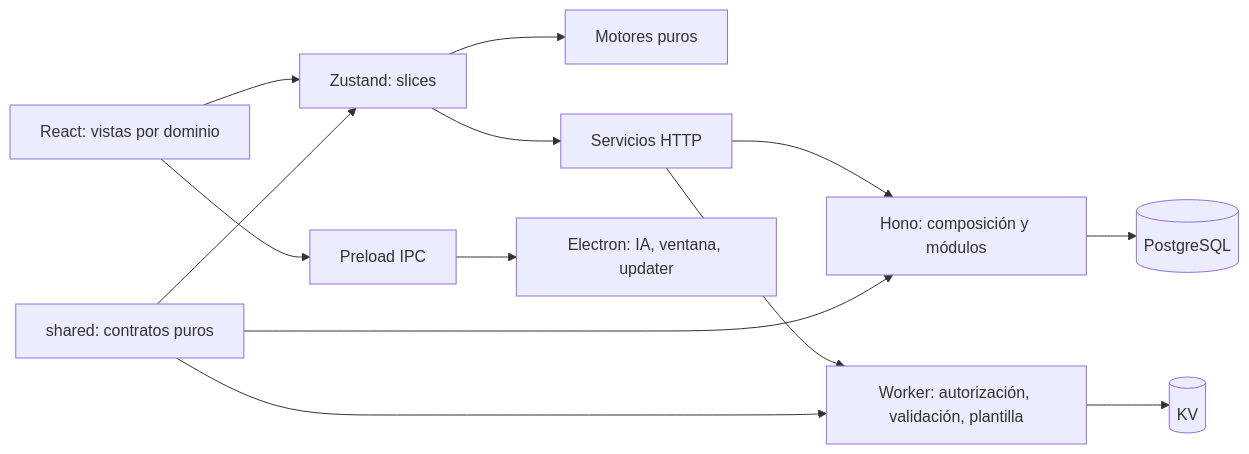
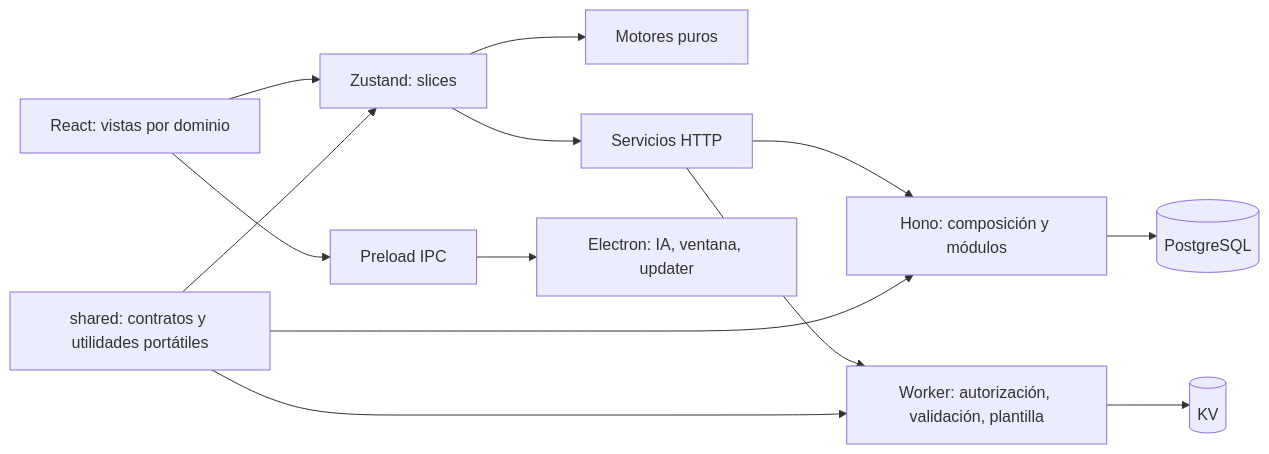
Before and after one commit to WilkerDev1/solarsim-pro: the diagram in docs/ARCHITECTURE.md, drawn with Mermaid. The commit also changed other lines of this file and 68 other files, not shown here.

````diff
--- a/docs/ARCHITECTURE.md
+++ b/docs/ARCHITECTURE.md
@@ -5,15 +5,15 @@
 ```mermaid
 flowchart LR
   UI[React: vistas por dominio] --> S[Zustand: slices]
   S --> E[Motores puros]
   S --> H[Servicios HTTP]
   UI --> P[Preload IPC]
   P --> N[Electron: IA, ventana, updater]
   H --> A[Hono: composición y módulos]
   A --> D[(PostgreSQL)]
   H --> W[Worker: autorización, validación, plantilla]
   W --> K[(KV)]
-  C[shared: contratos puros] --> S
+  C[shared: contratos y utilidades portátiles] --> S
   C --> A
   C --> W
 ```
````
